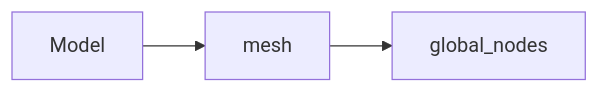
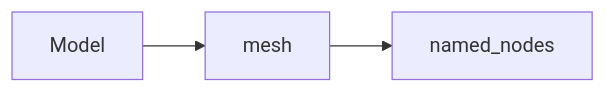
One commit to airinnova/framat changed the second of 11 diagrams in docs/source/api/result_api.rst. Above: the diagram before and after it, drawn with Mermaid. The commit also changed other lines of this file and 14 other files, not shown here.

```diff
--- a/docs/source/api/result_api.rst
+++ b/docs/source/api/result_api.rst
@@ -43,6 +44,6 @@
 .. mermaid::
 
     graph LR
     A[Model]
     A --> F1[mesh] 
-    F1 --> P1[global_nodes] 
+    F1 --> P1[named_nodes] 
```
